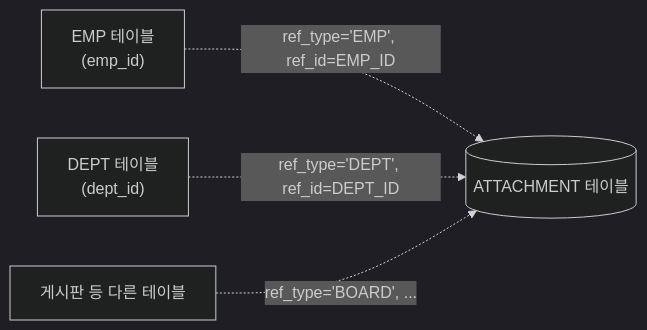
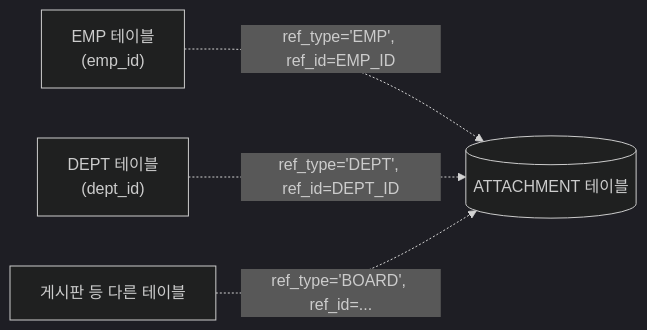
Before and after one commit to misun-oh/backend: the first of 4 diagrams in 교안/3. 스프링/17. 파일 업로드와 다운로드/1_첨부파일_공통설계.md, drawn with Mermaid (dark theme). The commit also changed other lines of this file, not shown here.

````diff
--- a/교안/3. 스프링/17. 파일 업로드와 다운로드/1_첨부파일_공통설계.md
+++ b/교안/3. 스프링/17. 파일 업로드와 다운로드/1_첨부파일_공통설계.md
@@ -31,6 +31,6 @@
 ```mermaid
 flowchart LR
     EMP["EMP 테이블<br/>(emp_id)"] -. "ref_type='EMP', ref_id=EMP_ID" .-> ATT[("ATTACHMENT 테이블")]
     DEPT["DEPT 테이블<br/>(dept_id)"] -. "ref_type='DEPT', ref_id=DEPT_ID" .-> ATT
-    BOARD["게시판 등 다른 테이블"] -. "ref_type='BOARD', ...".-> ATT
+    BOARD["게시판 등 다른 테이블"] -. "ref_type='BOARD', ref_id=..." .-> ATT
 ```
````
